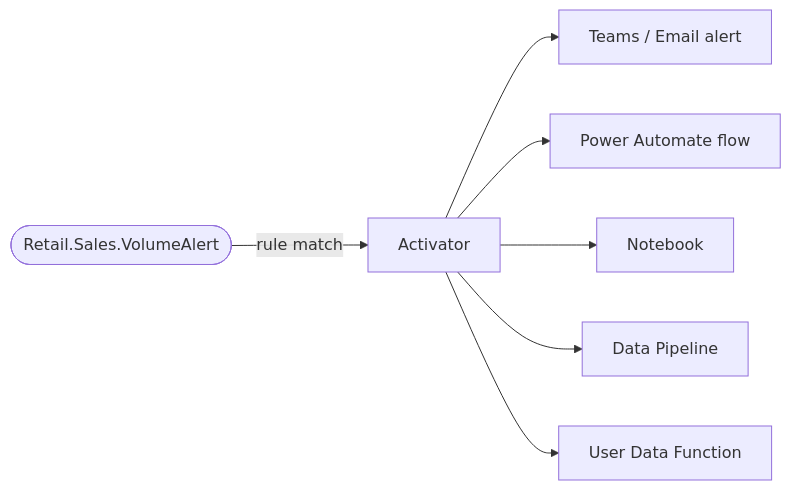
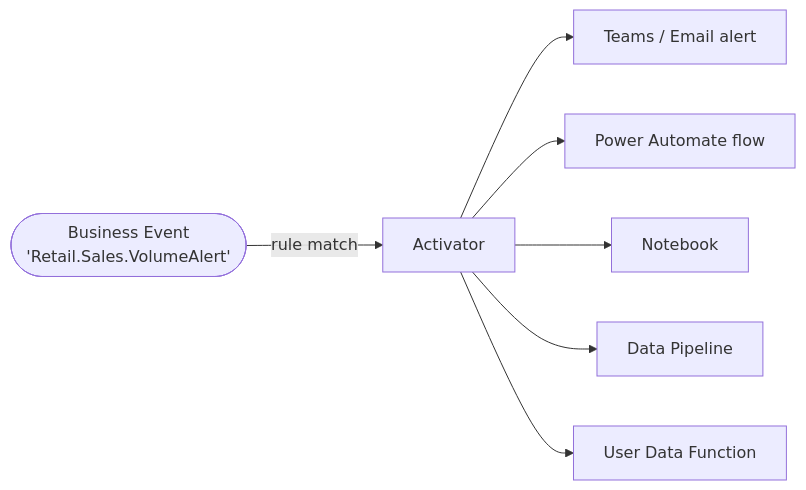
Before and after one commit to microsoft/fabric-events: the second of 2 diagrams in docs/business-events/scenarios/scenario-01-sales-volume-alert/README.md, drawn with Mermaid. The commit also changed other lines of this file and 9 other files, not shown here.

First line of the commit message:
Standardize Business Event diagram nodes across all articles

````diff
--- a/docs/business-events/scenarios/scenario-01-sales-volume-alert/README.md
+++ b/docs/business-events/scenarios/scenario-01-sales-volume-alert/README.md
@@ -182,9 +182,9 @@
 ```mermaid
 flowchart LR
-    BE([Retail.Sales.VolumeAlert]) -->|rule match| ACT[Activator]
+    BE([Business Event\n'Retail.Sales.VolumeAlert']) -->|rule match| ACT[Activator]
     ACT --> TEAMS[Teams / Email alert]
     ACT --> PA[Power Automate flow]
     ACT --> NB[Notebook]
     ACT --> DP[Data Pipeline]
     ACT --> UDF[User Data Function]
 ```
````
